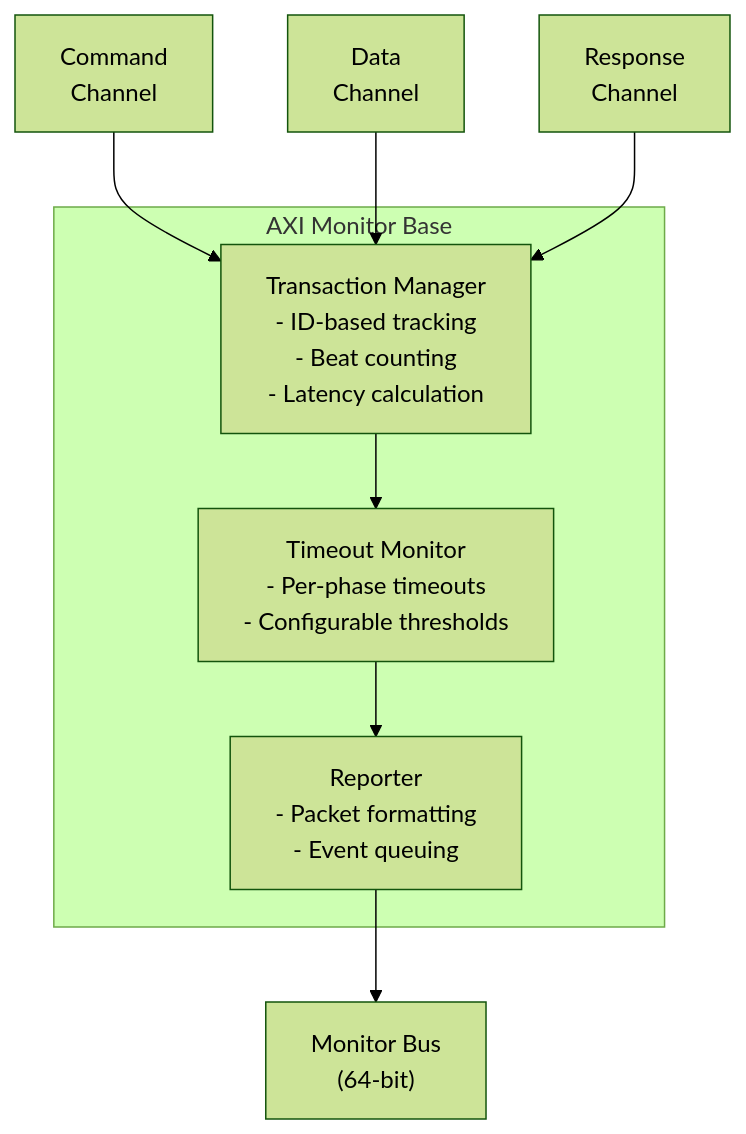
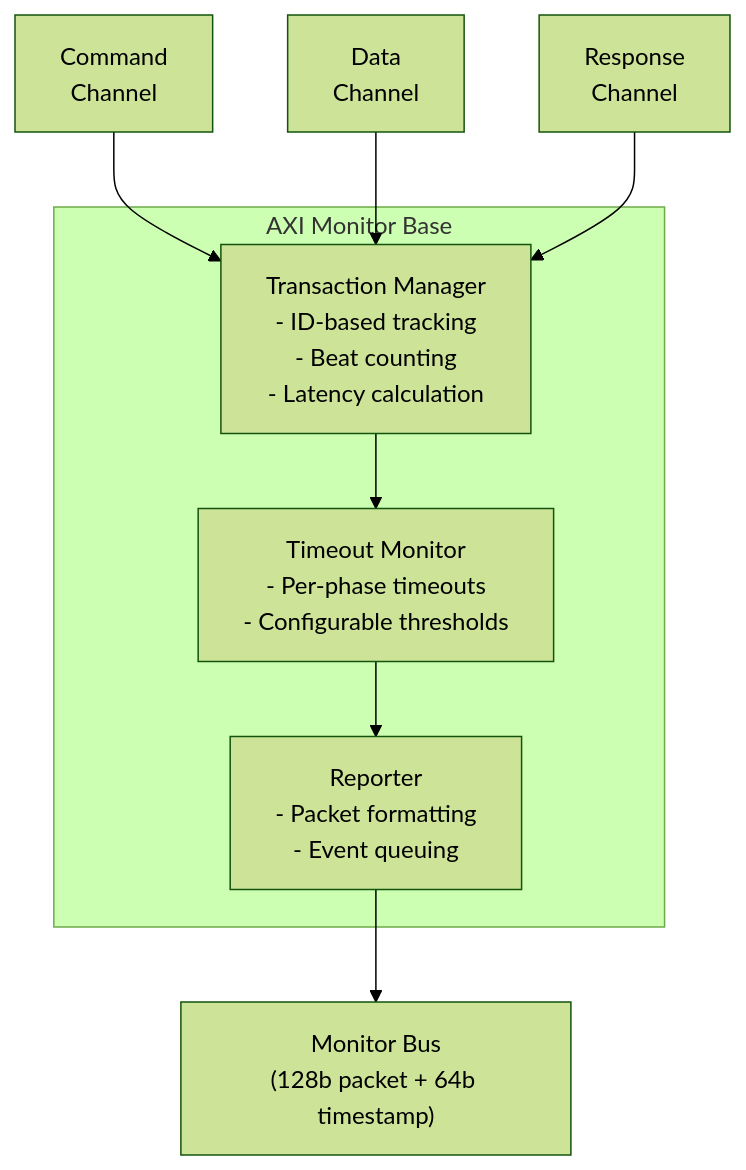
The diagram in docs/markdown/RTLAmba/shared/axi_monitor_base.md (sean-galloway/RTLDesignSherpa), drawn with Mermaid (forest theme) before and after one commit. The commit also changed other lines of this file and 28 other files, not shown here.

First line of the commit message:
docs(amba/monitor): sync wrapper + shared docs with 128-bit monbus packet

````diff
--- a/docs/markdown/RTLAmba/shared/axi_monitor_base.md
+++ b/docs/markdown/RTLAmba/shared/axi_monitor_base.md
@@ -144,14 +157,14 @@
 ```mermaid
 flowchart TB
     cmd["Command<br/>Channel"] --> tm
     data["Data<br/>Channel"] --> tm
     resp["Response<br/>Channel"] --> tm
 
     subgraph Monitor["AXI Monitor Base"]
         tm["Transaction Manager<br/>- ID-based tracking<br/>- Beat counting<br/>- Latency calculation"]
         tm --> to["Timeout Monitor<br/>- Per-phase timeouts<br/>- Configurable thresholds"]
         to --> rpt["Reporter<br/>- Packet formatting<br/>- Event queuing"]
     end
 
-    rpt --> bus["Monitor Bus<br/>(64-bit)"]
+    rpt --> bus["Monitor Bus<br/>(128b packet + 64b timestamp)"]
 ```
````
